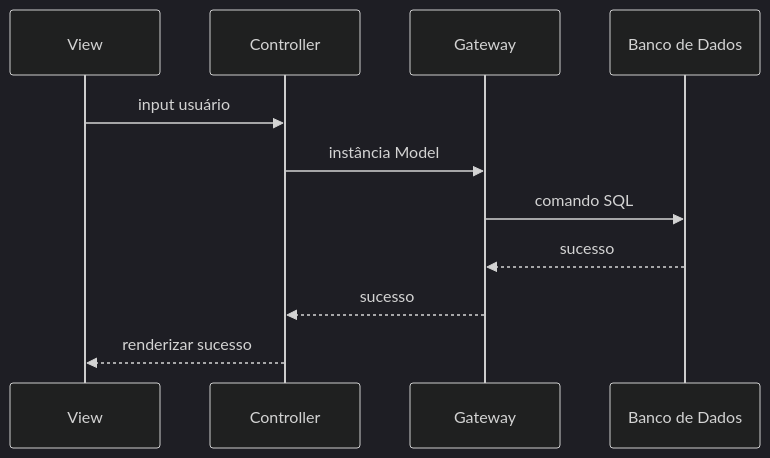
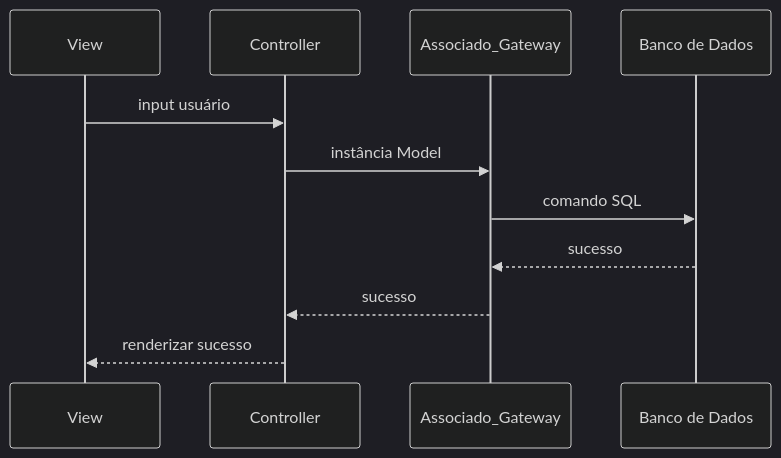
One commit to nori-marcos/clubeEsportivo changed the second of 4 diagrams in README.md. Above: the diagram before and after it, drawn with Mermaid (dark theme). The commit also changed other lines of this file and 5 other files, not shown here.

````diff
--- a/README.md
+++ b/README.md
@@ -176,9 +176,9 @@
 ```mermaid
 sequenceDiagram
     View ->> Controller: input usuário
-    Controller ->> Gateway: instância Model
-    Gateway ->> Banco de Dados: comando SQL
-    Banco de Dados -->> Gateway: sucesso
-    Gateway -->> Controller: sucesso
+    Controller ->> Associado_Gateway: instância Model
+    Associado_Gateway ->> Banco de Dados: comando SQL
+    Banco de Dados -->> Associado_Gateway: sucesso
+    Associado_Gateway -->> Controller: sucesso
     Controller -->> View: renderizar sucesso
 ```
````
